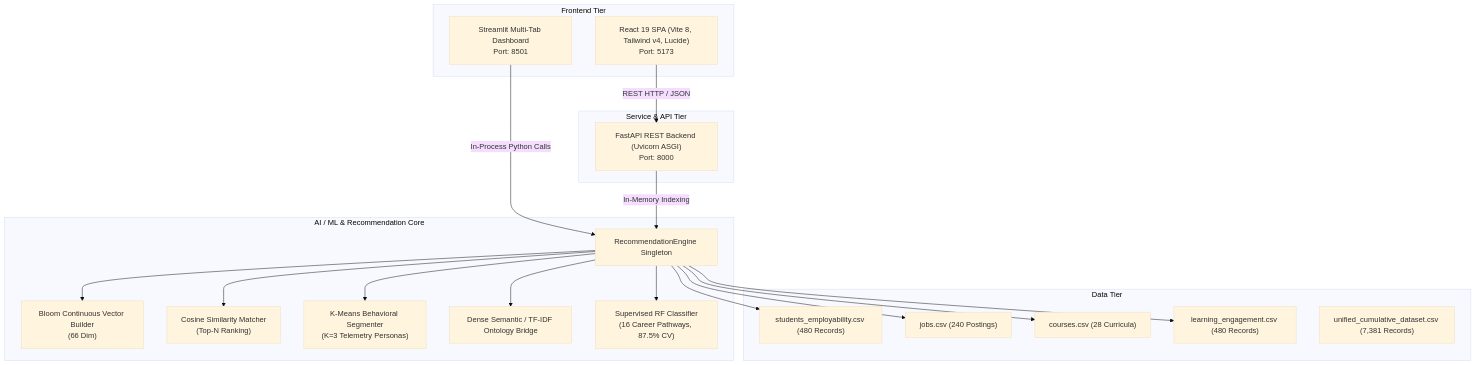
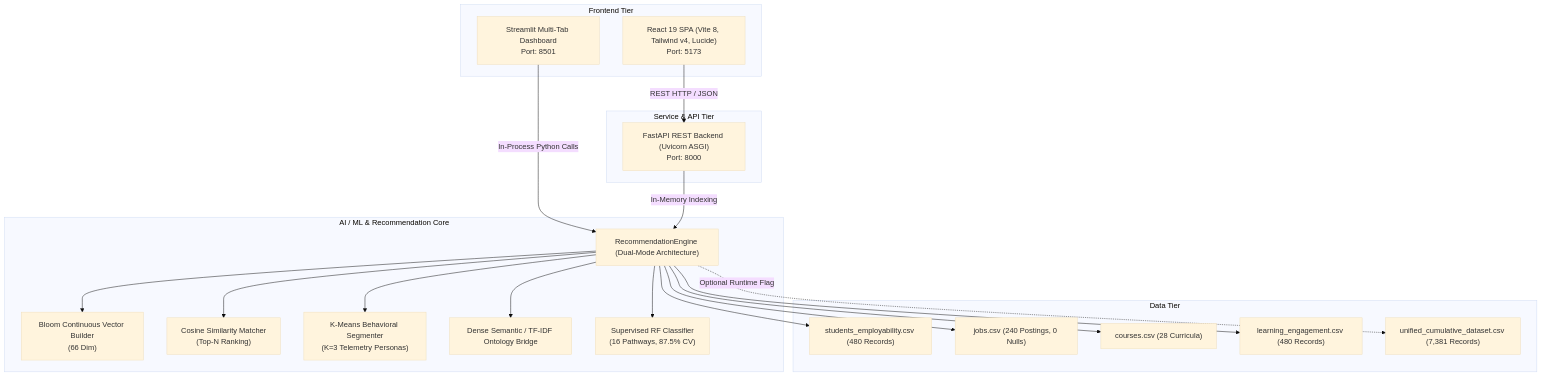
One commit to Raghavmalani77/EduPathAI changed the first of 2 diagrams in QA_TESTING_REPORT.md. Above: the diagram before and after it, drawn with Mermaid (base theme). The commit also changed other lines of this file and 6 other files, not shown here.

````diff
--- a/QA_TESTING_REPORT.md
+++ b/QA_TESTING_REPORT.md
@@ -35,41 +43,42 @@
 ```mermaid
 graph TD
     subgraph Frontend Tier
         UI1["React 19 SPA (Vite 8, Tailwind v4, Lucide)<br>Port: 5173"]
         UI2["Streamlit Multi-Tab Dashboard<br>Port: 8501"]
     end
 
     subgraph Service & API Tier
         API["FastAPI REST Backend (Uvicorn ASGI)<br>Port: 8000"]
     end
 
     subgraph AI / ML & Recommendation Core
-        REC["RecommendationEngine Singleton"]
+        REC["RecommendationEngine (Dual-Mode Architecture)"]
         VEC["Bloom Continuous Vector Builder<br>(66 Dim)"]
         COS["Cosine Similarity Matcher<br>(Top-N Ranking)"]
         KMN["K-Means Behavioral Segmenter<br>(K=3 Telemetry Personas)"]
         SEM["Dense Semantic / TF-IDF Ontology Bridge"]
-        RFC["Supervised RF Classifier<br>(16 Career Pathways, 87.5% CV)"]
+        RFC["Supervised RF Classifier<br>(16 Pathways, 87.5% CV)"]
     end
 
     subgraph Data Tier
         D1["students_employability.csv (480 Records)"]
-        D2["jobs.csv (240 Postings)"]
+        D2["jobs.csv (240 Postings, 0 Nulls)"]
         D3["courses.csv (28 Curricula)"]
         D4["learning_engagement.csv (480 Records)"]
         D5["unified_cumulative_dataset.csv (7,381 Records)"]
     end
 
     UI1 -->|REST HTTP / JSON| API
     UI2 -->|In-Process Python Calls| REC
     API -->|In-Memory Indexing| REC
     REC --> VEC
     REC --> COS
     REC --> KMN
     REC --> SEM
     REC --> RFC
     REC --> D1
     REC --> D2
     REC --> D3
     REC --> D4
+    REC -.->|Optional Runtime Flag| D5
 ```
````
